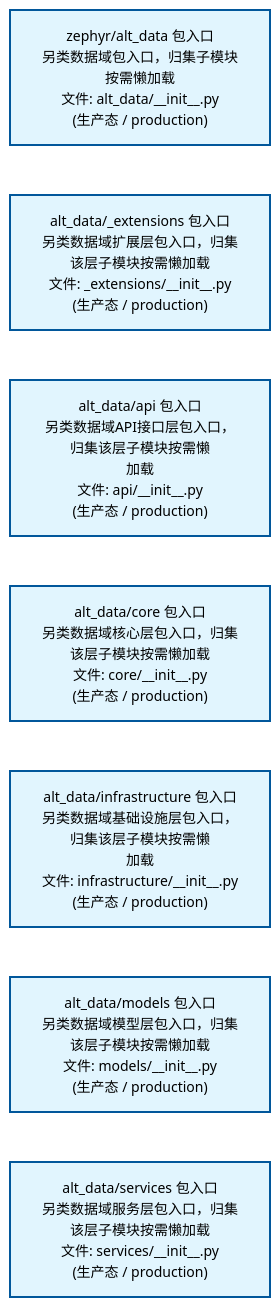
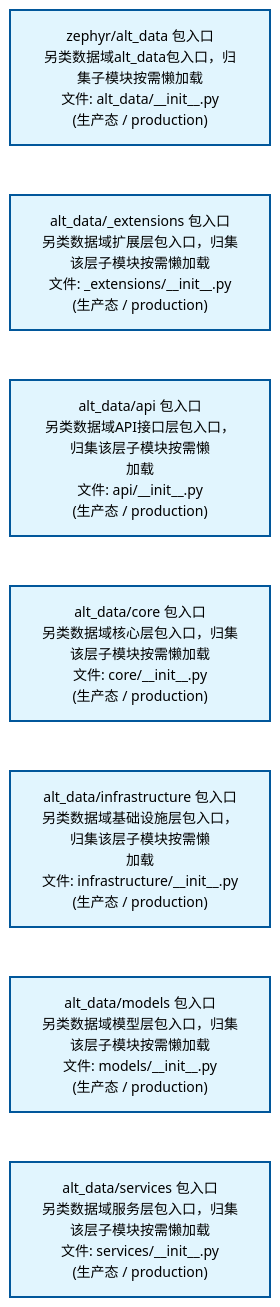
One commit to xuanFelixVan/ZephyrAlpha changed the first of 2 diagrams in docs/02_enterprise_architecture/02_domain_architecture_docs/09_d_alt_data.md. Above: the diagram before and after it, drawn with Mermaid. The commit also changed other lines of this file and 60 other files, not shown here.

````diff
--- a/docs/02_enterprise_architecture/02_domain_architecture_docs/09_d_alt_data.md
+++ b/docs/02_enterprise_architecture/02_domain_architecture_docs/09_d_alt_data.md
@@ -53,22 +53,22 @@
 ```mermaid
 %%{init: {'theme': 'base', 'themeVariables': {'primaryColor': '#eaeaea', 'primaryTextColor': '#333333', 'primaryBorderColor': '#666666', 'lineColor': '#666666', 'secondaryColor': '#eaeaea', 'tertiaryColor': '#eaeaea', 'fontSize': '14px'}}}%%
 flowchart TD
-    src_zephyr_alt_data_init_py["zephyr/alt_data 包入口<br/>另类数据域包入口，归集子模块按需懒加载<br/>文件: alt_data/__init__.py<br/>(生产态 / production)"]
+    src_zephyr_alt_data_init_py["zephyr/alt_data 包入口<br/>另类数据域alt_data包入口，归集子模块按需懒加载<br/>文件: alt_data/__init__.py<br/>(生产态 / production)"]
     src_zephyr_alt_data_extensions_init_py["alt_data/_extensions 包入口<br/>另类数据域扩展层包入口，归集该层子模块按需懒加载<br/>文件: _extensions/__init__.py<br/>(生产态 / production)"]
     src_zephyr_alt_data_api_init_py["alt_data/api 包入口<br/>另类数据域API接口层包入口，归集该层子模块按需懒<br/>加载<br/>文件: api/__init__.py<br/>(生产态 / production)"]
     src_zephyr_alt_data_core_init_py["alt_data/core 包入口<br/>另类数据域核心层包入口，归集该层子模块按需懒加载<br/>文件: core/__init__.py<br/>(生产态 / production)"]
     src_zephyr_alt_data_infrastructure_init_py["alt_data/infrastructure 包入口<br/>另类数据域基础设施层包入口，归集该层子模块按需懒<br/>加载<br/>文件: infrastructure/__init__.py<br/>(生产态 / production)"]
     src_zephyr_alt_data_models_init_py["alt_data/models 包入口<br/>另类数据域模型层包入口，归集该层子模块按需懒加载<br/>文件: models/__init__.py<br/>(生产态 / production)"]
     src_zephyr_alt_data_services_init_py["alt_data/services 包入口<br/>另类数据域服务层包入口，归集该层子模块按需懒加载<br/>文件: services/__init__.py<br/>(生产态 / production)"]
     src_zephyr_alt_data_init_py ~~~ src_zephyr_alt_data_extensions_init_py
     src_zephyr_alt_data_extensions_init_py ~~~ src_zephyr_alt_data_api_init_py
     src_zephyr_alt_data_api_init_py ~~~ src_zephyr_alt_data_core_init_py
     src_zephyr_alt_data_core_init_py ~~~ src_zephyr_alt_data_infrastructure_init_py
     src_zephyr_alt_data_infrastructure_init_py ~~~ src_zephyr_alt_data_models_init_py
     src_zephyr_alt_data_models_init_py ~~~ src_zephyr_alt_data_services_init_py
     classDef production fill:#e1f5fe,stroke:#01579b,stroke-width:2px,color:#000
     classDef design fill:#fff3e0,stroke:#e65100,stroke-width:2px,color:#000,stroke-dasharray: 5 5
     classDef external_prod fill:#e8f4fd,stroke:#0277bd,stroke-width:1px,color:#000
     classDef external_design fill:#fff8e7,stroke:#ef6c00,stroke-width:1px,color:#000,stroke-dasharray: 5 5
     class src_zephyr_alt_data_init_py,src_zephyr_alt_data_extensions_init_py,src_zephyr_alt_data_api_init_py,src_zephyr_alt_data_core_init_py,src_zephyr_alt_data_infrastructure_init_py,src_zephyr_alt_data_models_init_py,src_zephyr_alt_data_services_init_py production
 ```
````
